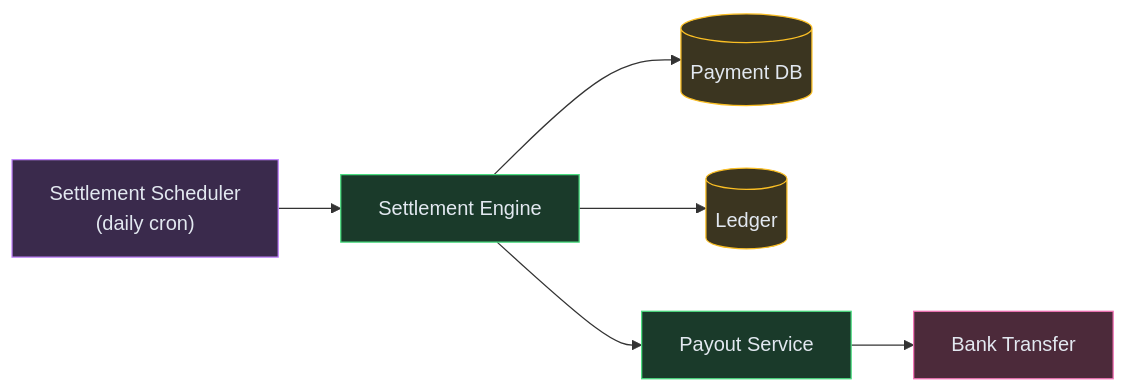
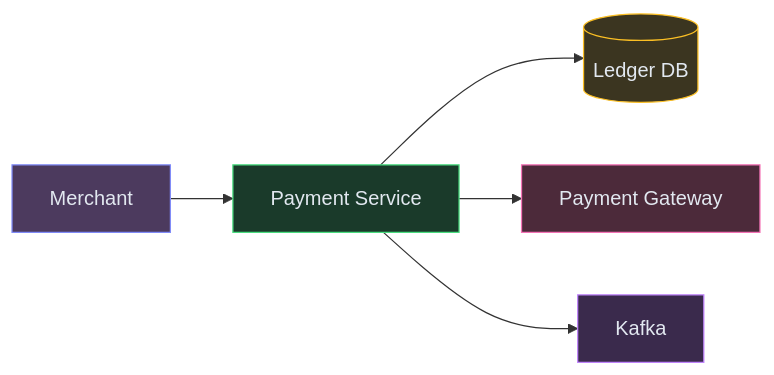
One commit to iluzn/HLD-Designs changed the fourth of 4 diagrams in content/hld/PaymentSystem.md. Above: the diagram before and after it, drawn with Mermaid. The commit also changed other lines of this file and 8 other files, not shown here.

````diff
--- a/content/hld/PaymentSystem.md
+++ b/content/hld/PaymentSystem.md
@@ -247,20 +143,19 @@
 ```mermaid
 flowchart LR
-    SCHEDULER["Settlement Scheduler<br/>(daily cron)"]:::async
-    DB[("Payment DB")]:::data
-    SETTLE["Settlement Engine"]:::service
-    LEDGER[("Ledger")]:::data
-    PAYOUT["Payout Service"]:::service
-    BANK["Bank Transfer"]:::external
+    MERCHANT["Merchant"]:::client
+    API["Payment Service"]:::service
+    DB[("Ledger DB")]:::data
+    GW["Payment Gateway"]:::external
+    KAFKA["Kafka"]:::async
 
-    SCHEDULER --> SETTLE
-    SETTLE --> DB
-    SETTLE --> LEDGER
-    SETTLE --> PAYOUT
-    PAYOUT --> BANK
+    MERCHANT --> API
+    API --> DB
+    API --> GW
+    API --> KAFKA
 
+    classDef client fill:#4c3a5e,stroke:#818cf8,color:#e2e8f0
     classDef service fill:#1a3a2a,stroke:#4ade80,color:#e2e8f0
     classDef data fill:#3b3520,stroke:#fbbf24,color:#e2e8f0
+    classDef external fill:#4c2a3a,stroke:#f472b6,color:#e2e8f0
     classDef async fill:#3a2a4c,stroke:#c084fc,color:#e2e8f0
-    classDef external fill:#4c2a3a,stroke:#f472b6,color:#e2e8f0
 ```
````
